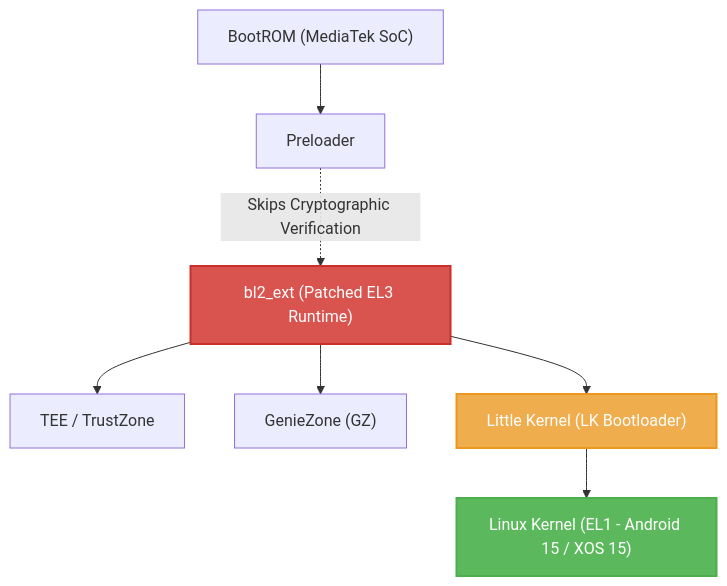
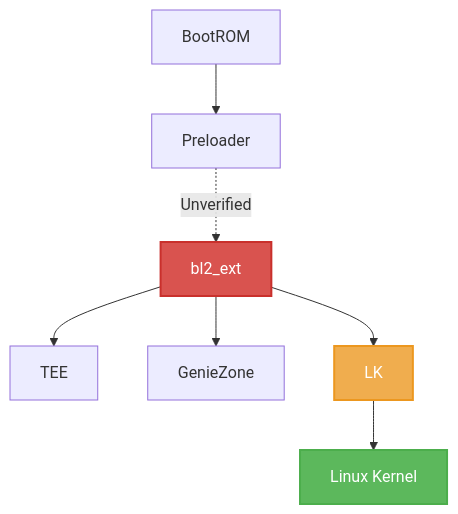
One commit to sheikhmehraann/fenrir changed the diagram in README.md. Above: the diagram before and after it, drawn with Mermaid. The commit also changed other lines of this file, not shown here.

Commit message:
Clean up Mermaid diagram and remove hardcoded OS references to match original R0rt1z2 layout

````diff
--- a/README.md
+++ b/README.md
@@ -29,13 +30,13 @@
 ```mermaid
 graph TD
-    A["BootROM (MediaTek SoC)"] --> B[Preloader]
-    B -. Skips Cryptographic Verification .-> C["bl2_ext (Patched EL3 Runtime)"]
-    C --> D["TEE / TrustZone"]
-    C --> E["GenieZone (GZ)"]
-    C --> F["Little Kernel (LK Bootloader)"]
-    F --> G["Linux Kernel (EL1 - Android 15 / XOS 15)"]
+    A[BootROM] --> B[Preloader]
+    B -. Unverified .-> C[bl2_ext]
+    C --> D[TEE]
+    C --> E[GenieZone]
+    C --> F[LK]
+    F --> G[Linux Kernel]
     
     style C fill:#d9534f,stroke:#c9302c,stroke-width:2px,color:#fff
     style F fill:#f0ad4e,stroke:#ec971f,stroke-width:2px,color:#fff
     style G fill:#5cb85c,stroke:#4cae4c,stroke-width:2px,color:#fff
 ```
````
